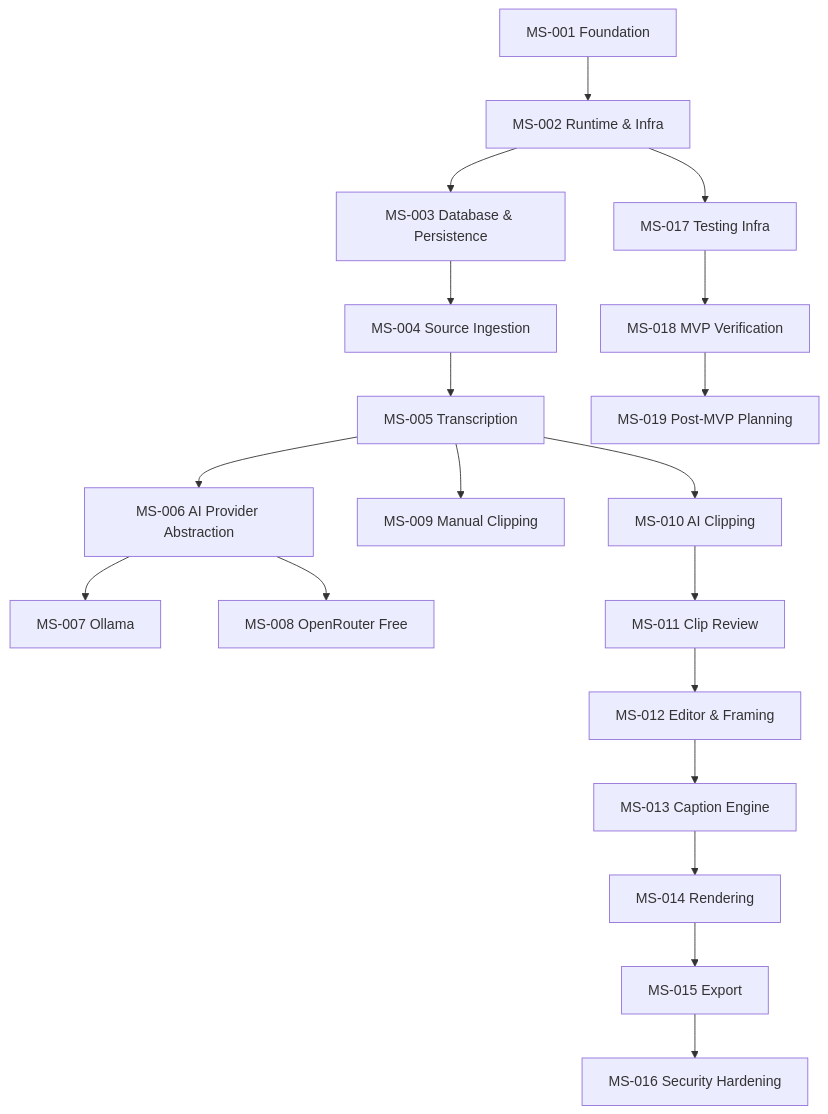
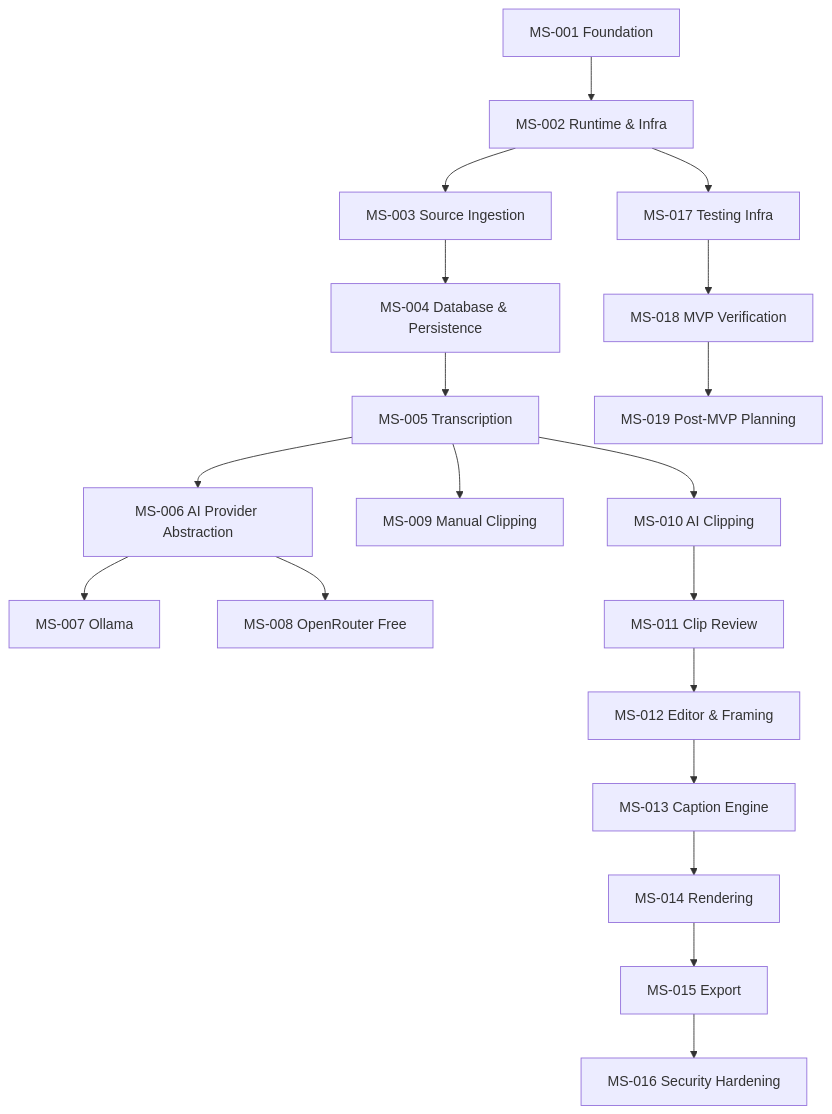
Before and after one commit to RashidMinhas1/Clip-Forge-Ai: the diagram in docs/milestones/MILESTONE_ROADMAP.md, drawn with Mermaid. The commit also changed other lines of this file and 36 other files, not shown here.

Commit message:
feat(ms-003): implement source ingestion and validation

````diff
--- a/docs/milestones/MILESTONE_ROADMAP.md
+++ b/docs/milestones/MILESTONE_ROADMAP.md
@@ -17,21 +17,21 @@
 ```mermaid
 graph TD;
     MS001[MS-001 Foundation] --> MS002[MS-002 Runtime & Infra];
-    MS002 --> MS003[MS-003 Database & Persistence];
-    MS003 --> MS004[MS-004 Source Ingestion];
+    MS002 --> MS003[MS-003 Source Ingestion];
+    MS003 --> MS004[MS-004 Database & Persistence];
     MS004 --> MS005[MS-005 Transcription];
     MS005 --> MS006[MS-006 AI Provider Abstraction];
     MS006 --> MS007[MS-007 Ollama];
     MS006 --> MS008[MS-008 OpenRouter Free];
     MS005 --> MS009[MS-009 Manual Clipping];
     MS005 --> MS010[MS-010 AI Clipping];
     MS010 --> MS011[MS-011 Clip Review];
     MS011 --> MS012[MS-012 Editor & Framing];
     MS012 --> MS013[MS-013 Caption Engine];
     MS013 --> MS014[MS-014 Rendering];
     MS014 --> MS015[MS-015 Export];
     MS015 --> MS016[MS-016 Security Hardening];
     MS002 --> MS017[MS-017 Testing Infra];
     MS017 --> MS018[MS-018 MVP Verification];
     MS018 --> MS019[MS-019 Post‑MVP Planning];
 ```
````
